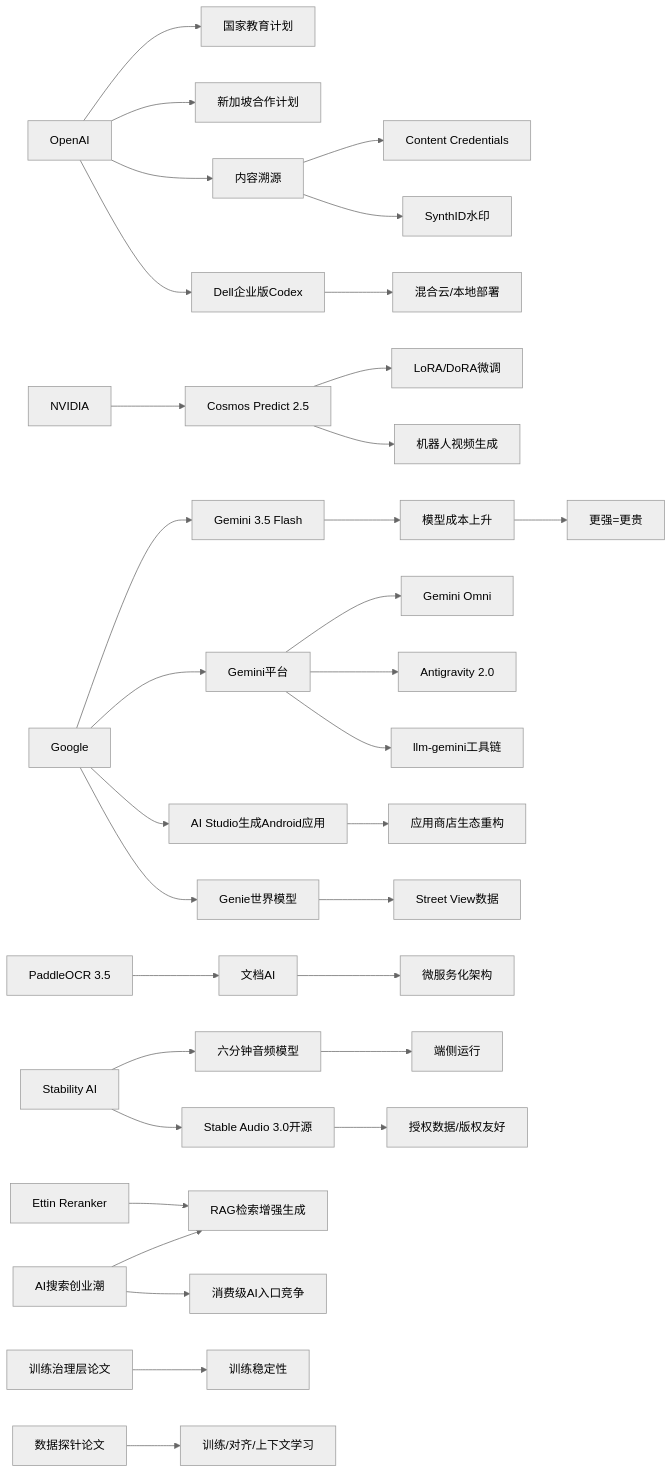
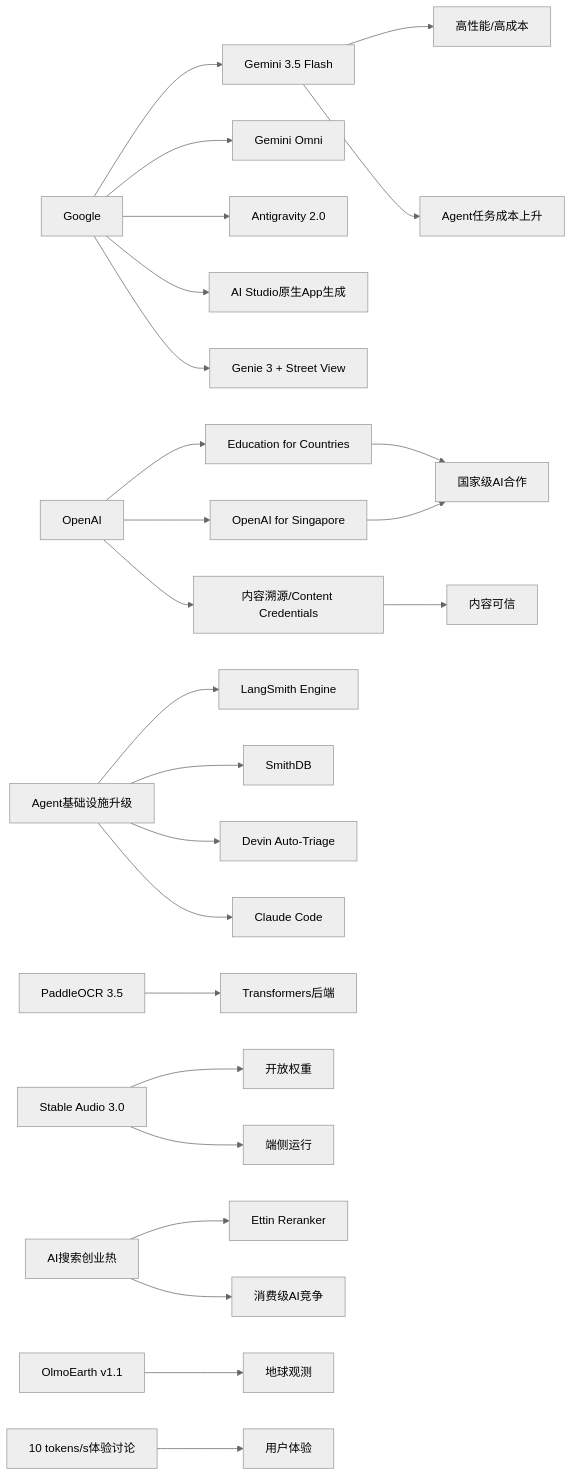
Before and after one commit to zhuxinfei/ai-daily-site: the diagram in content/cn/2026/2026-05/2026-05-20.md, drawn with Mermaid (neutral theme). The commit also changed other lines of this file, not shown here.

````diff
--- a/content/cn/2026/2026-05/2026-05-20.md
+++ b/content/cn/2026/2026-05/2026-05-20.md
@@ -134,41 +110,32 @@
 ```mermaid
 graph LR
-    Google[Google] --> Gemini35[Gemini 3.5 Flash]
-    Google --> GeminiPlatform[Gemini平台]
-    GeminiPlatform --> GeminiOmni[Gemini Omni]
-    GeminiPlatform --> Antigravity[Antigravity 2.0]
-    GeminiPlatform --> llmGemini[llm-gemini工具链]
-    Google --> AIStudio[AI Studio生成Android应用]
-    Google --> Genie[Genie世界模型]
-    Genie --> StreetView[Street View数据]
+    Google --> Gemini35Flash[Gemini 3.5 Flash]
+    Google --> GeminiOmni[Gemini Omni]
+    Google --> Antigravity[Antigravity 2.0]
+    Google --> AIStudio[AI Studio原生App生成]
+    Google --> GenieStreetView[Genie 3 + Street View]
 
-    OpenAI[OpenAI] --> EduPlan[国家教育计划]
-    OpenAI --> Singapore[新加坡合作计划]
-    OpenAI --> Provenance[内容溯源]
-    Provenance --> Credentials[Content Credentials]
-    Provenance --> SynthID[SynthID水印]
-    OpenAI --> DellCodex[Dell企业版Codex]
-    DellCodex --> HybridCloud[混合云/本地部署]
+    OpenAI --> Education[Education for Countries]
+    OpenAI --> Singapore[OpenAI for Singapore]
+    OpenAI --> Provenance[内容溯源/Content Credentials]
 
-    NVIDIA[NVIDIA] --> Cosmos[Cosmos Predict 2.5]
-    Cosmos --> LoRA[LoRA/DoRA微调]
-    Cosmos --> RobotVideo[机器人视频生成]
+    Infra[Agent基础设施升级] --> LangSmith[LangSmith Engine]
+    Infra --> SmithDB[SmithDB]
+    Infra --> Devin[Devin Auto-Triage]
+    Infra --> ClaudeCode[Claude Code]
 
-    Search[AI搜索创业潮] --> RAG[RAG检索增强生成]
-    Ettin[Ettin Reranker] --> RAG
-    PaddleOCR[PaddleOCR 3.5] --> DocAI[文档AI]
-    DocAI --> Microservice[微服务化架构]
+    PaddleOCR[PaddleOCR 3.5] --> Transformers[Transformers后端]
+    Search[AI搜索创业热] --> Reranker[Ettin Reranker]
+    StableAudio[Stable Audio 3.0] --> OpenWeights[开放权重]
+    StableAudio --> OnDevice[端侧运行]
+    OlmoEarth[OlmoEarth v1.1] --> EarthObs[地球观测]
 
-    StabilityAI[Stability AI] --> AudioModel[六分钟音频模型]
-    StabilityAI --> StableAudio[Stable Audio 3.0开源]
-    AudioModel --> Edge[端侧运行]
-    StableAudio --> Copyright[授权数据/版权友好]
+    Gemini35Flash --> Cost[高性能/高成本]
+    Gemini35Flash --> Agents[Agent任务成本上升]
+    Tokens[10 tokens/s体验讨论] --> UX[用户体验]
 
-    TrainGov[训练治理层论文] --> Stability[训练稳定性]
-    DataProbe[数据探针论文] --> Training[训练/对齐/上下文学习]
-
-    Gemini35 --> Cost[模型成本上升]
-    Cost --> IndustryTrend[更强=更贵]
-    Search --> ConsumerAI[消费级AI入口竞争]
-    AIStudio --> AppEcosystem[应用商店生态重构]
+    Education --> GovAI[国家级AI合作]
+    Singapore --> GovAI
+    Provenance --> Trust[内容可信]
+    Search --> ConsumerAI[消费级AI竞争]
 ```
````
